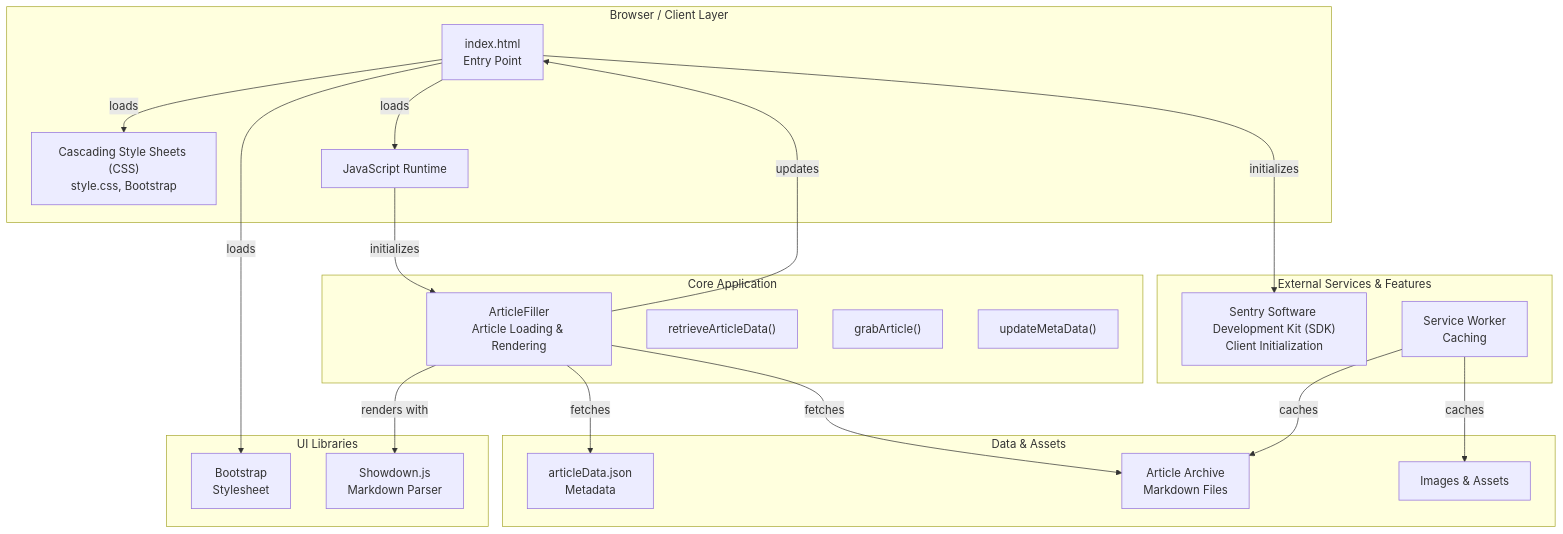
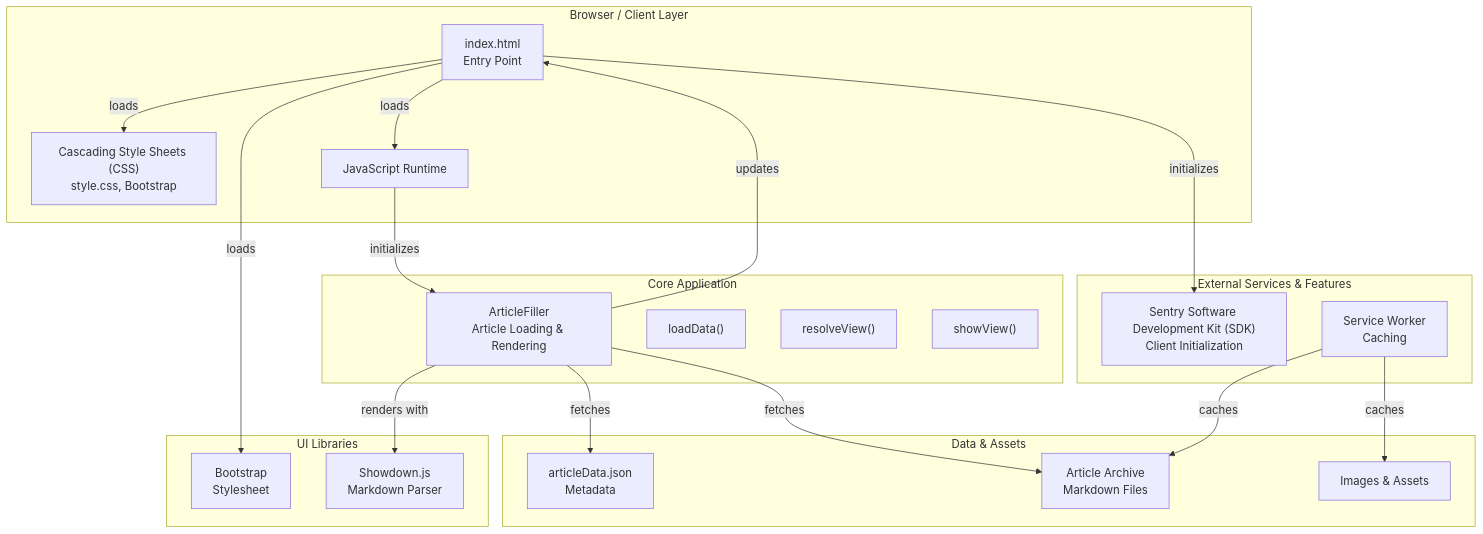
Before and after one commit to AlexJSully/Small-Dev-Talk: the first of 2 diagrams in docs/architecture/system.md, drawn with Mermaid. The commit also changed other lines of this file and 9 other files, not shown here.

First line of the commit message:
Shrink ArticleFiller to three methods and fix query-string routing (#122)

````diff
--- a/docs/architecture/system.md
+++ b/docs/architecture/system.md
@@ -7,45 +7,45 @@
 ```mermaid
 graph TB
     accTitle: System architecture overview
-    accDescr: Layered diagram showing the browser client layer (index.html entry point, CSS and Bootstrap styles, JavaScript runtime) driving the ArticleFiller core (retrieveArticleData, grabArticle, updateMetaData), which fetches articleData.json metadata and the Markdown article archive and renders content via Showdown before updating the HTML. External services include the Sentry SDK and a caching service worker, and UI libraries include the Bootstrap stylesheet and Showdown.js.
+    accDescr: Layered diagram showing the browser client layer (index.html entry point, CSS and Bootstrap styles, JavaScript runtime) driving the ArticleFiller core (loadData, resolveView, showView), which fetches articleData.json metadata and the Markdown article archive and renders content via Showdown before updating the HTML. External services include the Sentry SDK and a caching service worker, and UI libraries include the Bootstrap stylesheet and Showdown.js.
     subgraph Client["Browser / Client Layer"]
         HTML["index.html<br/>Entry Point"]
         CSS["Cascading Style Sheets (CSS)<br/>style.css, Bootstrap"]
         JS["JavaScript Runtime"]
     end
 
     subgraph Core["Core Application"]
         AF["ArticleFiller<br/>Article Loading & Rendering"]
-        AF_subA["retrieveArticleData()"]
-        AF_subB["grabArticle()"]
-        AF_subC["updateMetaData()"]
+        AF_subA["loadData()"]
+        AF_subB["resolveView()"]
+        AF_subC["showView()"]
     end
 
     subgraph Data["Data & Assets"]
         ArticleData["articleData.json<br/>Metadata"]
         ArticleArchive["Article Archive<br/>Markdown Files"]
         Images["Images & Assets"]
     end
 
     subgraph Services["External Services & Features"]
         Sentry["Sentry Software Development Kit (SDK)<br/>Client Initialization"]
         SW["Service Worker<br/>Caching"]
     end
 
     subgraph Libraries["UI Libraries"]
         Bootstrap["Bootstrap<br/>Stylesheet"]
         Showdown["Showdown.js<br/>Markdown Parser"]
     end
 
     HTML -->|loads| CSS
     HTML -->|loads| JS
     JS -->|initializes| AF
     AF -->|fetches| ArticleData
     AF -->|fetches| ArticleArchive
     AF -->|renders with| Showdown
     AF -->|updates| HTML
     HTML -->|initializes| Sentry
     SW -->|caches| Images
     SW -->|caches| ArticleArchive
     HTML -->|loads| Bootstrap
 ```
````
